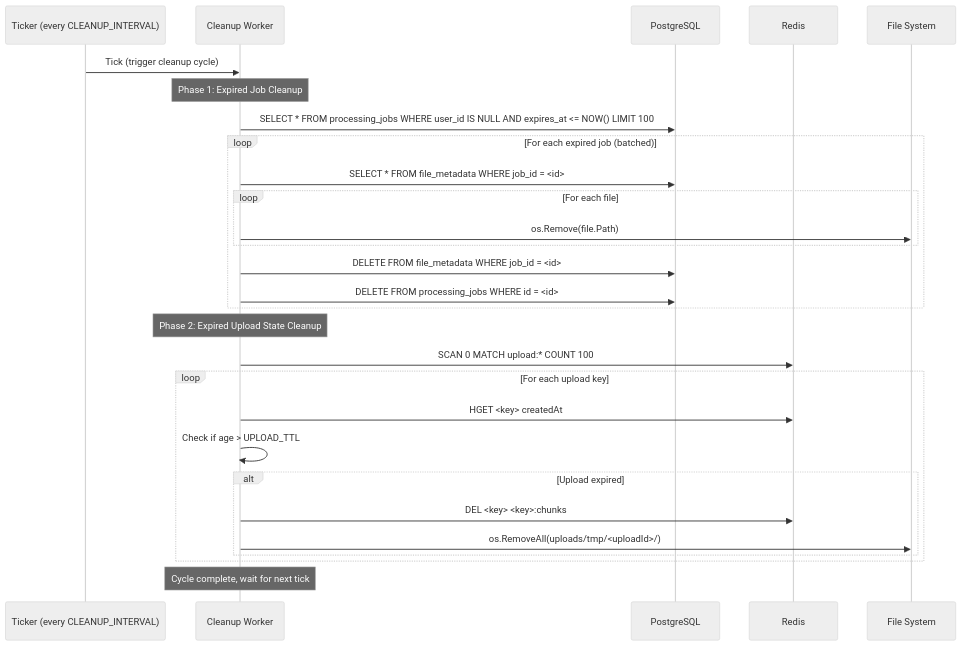
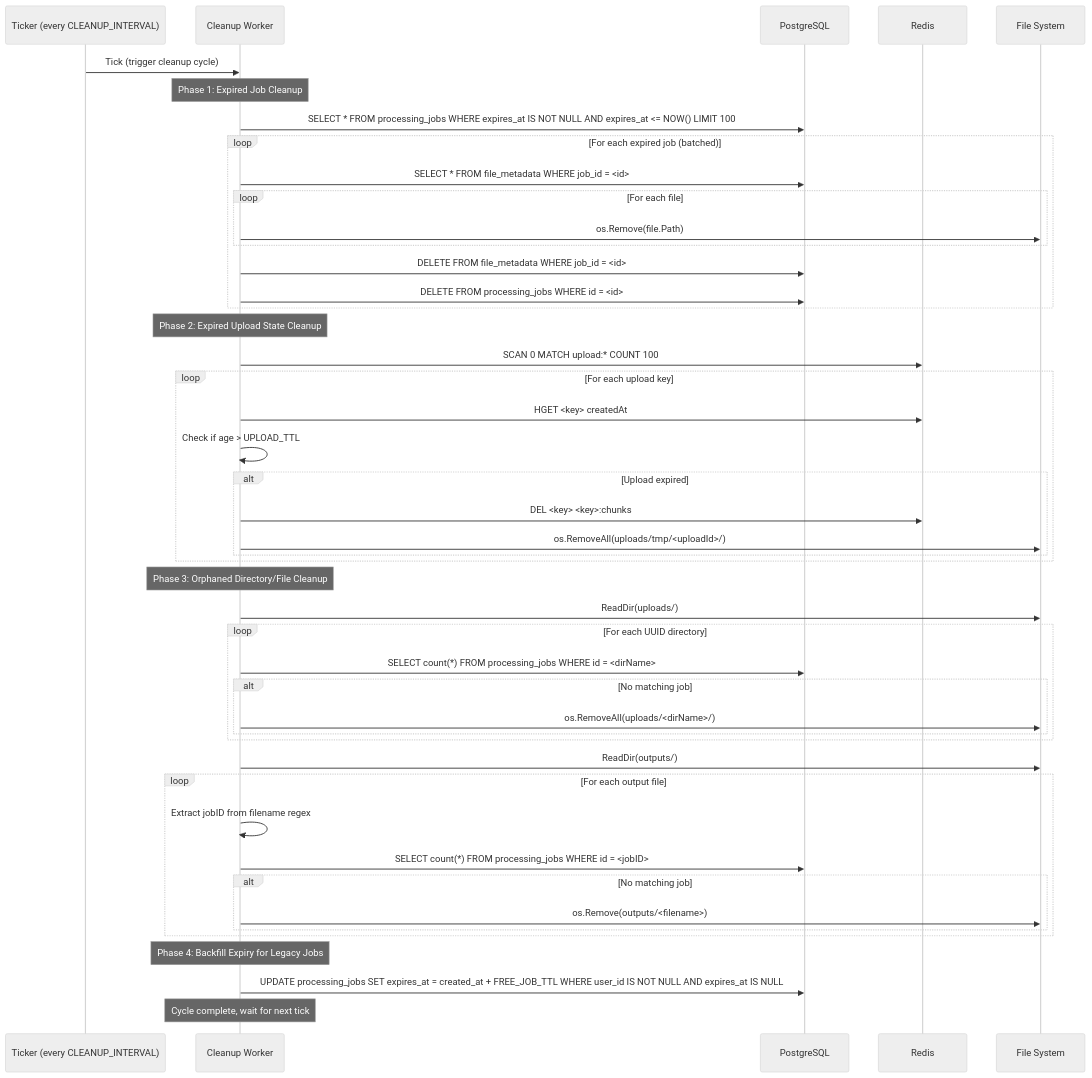
One commit to Prachidubey2003/fyredocs_backend changed the first of 4 diagrams in docs/services/CLEANUP_WORKER.md. Above: the diagram before and after it, drawn with Mermaid (neutral theme). The commit also changed other lines of this file and 12 other files, not shown here.

First line of the commit message:
feat(cleanup): add plan-based job expiration, orphan cleanup, and directory removal

````diff
--- a/docs/services/CLEANUP_WORKER.md
+++ b/docs/services/CLEANUP_WORKER.md
@@ -457,36 +469,56 @@
 ```mermaid
 sequenceDiagram
     participant T as Ticker (every CLEANUP_INTERVAL)
     participant CW as Cleanup Worker
     participant DB as PostgreSQL
     participant R as Redis
     participant FS as File System
 
     T->>CW: Tick (trigger cleanup cycle)
 
     Note over CW: Phase 1: Expired Job Cleanup
-    CW->>DB: SELECT * FROM processing_jobs WHERE user_id IS NULL AND expires_at <= NOW() LIMIT 100
+    CW->>DB: SELECT * FROM processing_jobs WHERE expires_at IS NOT NULL AND expires_at <= NOW() LIMIT 100
 
     loop For each expired job (batched)
         CW->>DB: SELECT * FROM file_metadata WHERE job_id = <id>
         loop For each file
             CW->>FS: os.Remove(file.Path)
         end
         CW->>DB: DELETE FROM file_metadata WHERE job_id = <id>
         CW->>DB: DELETE FROM processing_jobs WHERE id = <id>
     end
 
     Note over CW: Phase 2: Expired Upload State Cleanup
     CW->>R: SCAN 0 MATCH upload:* COUNT 100
 
     loop For each upload key
         CW->>R: HGET <key> createdAt
         CW->>CW: Check if age > UPLOAD_TTL
         alt Upload expired
             CW->>R: DEL <key> <key>:chunks
             CW->>FS: os.RemoveAll(uploads/tmp/<uploadId>/)
         end
     end
 
+    Note over CW: Phase 3: Orphaned Directory/File Cleanup
+    CW->>FS: ReadDir(uploads/)
+    loop For each UUID directory
+        CW->>DB: SELECT count(*) FROM processing_jobs WHERE id = <dirName>
+        alt No matching job
+            CW->>FS: os.RemoveAll(uploads/<dirName>/)
+        end
+    end
+    CW->>FS: ReadDir(outputs/)
+    loop For each output file
+        CW->>CW: Extract jobID from filename regex
+        CW->>DB: SELECT count(*) FROM processing_jobs WHERE id = <jobID>
+        alt No matching job
+            CW->>FS: os.Remove(outputs/<filename>)
+        end
+    end
+
+    Note over CW: Phase 4: Backfill Expiry for Legacy Jobs
+    CW->>DB: UPDATE processing_jobs SET expires_at = created_at + FREE_JOB_TTL WHERE user_id IS NOT NULL AND expires_at IS NULL
+
     Note over CW: Cycle complete, wait for next tick
 ```
````
